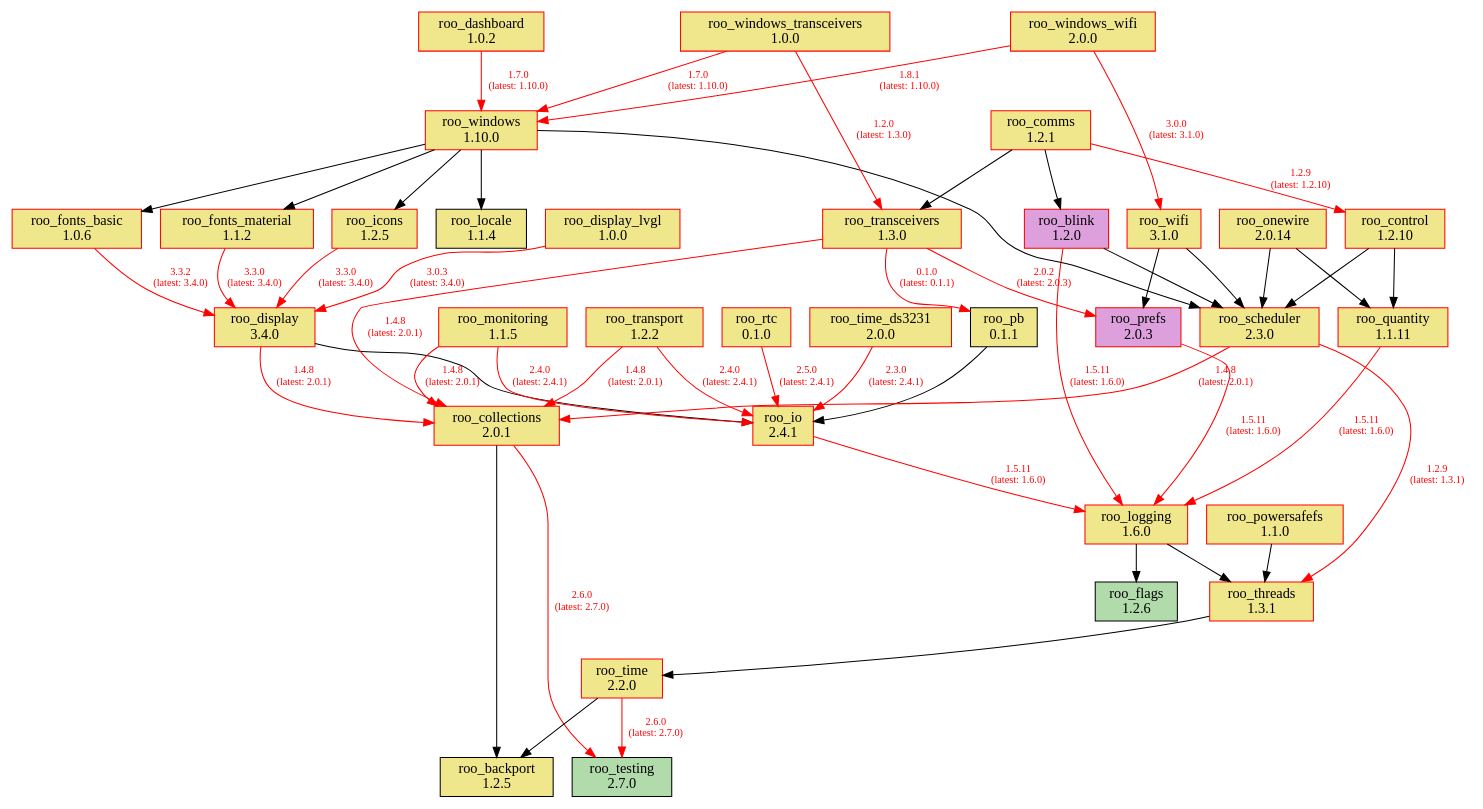
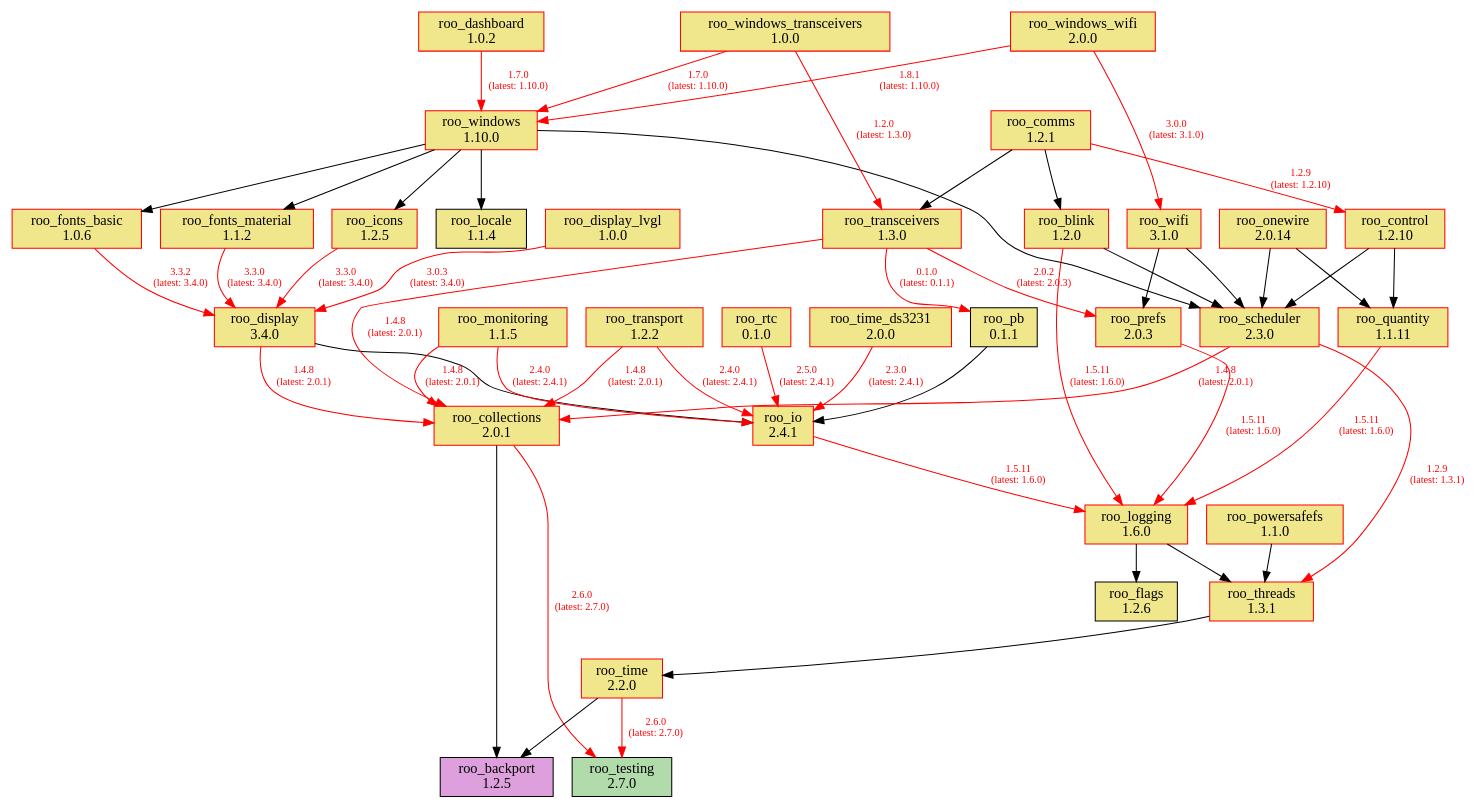
One commit to dejwk/roo-registry changed the diagram in doc/dependencies.dot. Above: the diagram before and after it, drawn with Graphviz. The commit also changed 4 other files, not shown here.

```diff
--- a/doc/dependencies.dot
+++ b/doc/dependencies.dot
@@ -1,92 +1,92 @@
 digraph dependencies {
     rankdir=TB;
     node [shape=box, style=filled];
     edge [fontsize=10];
 
     // Modules
-    "roo_backport" [label="roo_backport\n1.2.5", fillcolor="khaki", color="black"];
-    "roo_blink" [label="roo_blink\n1.2.0", fillcolor="plum", color="red"];
+    "roo_backport" [label="roo_backport\n1.2.5", fillcolor="plum", color="black"];
+    "roo_blink" [label="roo_blink\n1.2.0", fillcolor="khaki", color="red"];
     "roo_collections" [label="roo_collections\n2.0.1", fillcolor="khaki", color="red"];
     "roo_comms" [label="roo_comms\n1.2.1", fillcolor="khaki", color="red"];
     "roo_control" [label="roo_control\n1.2.10", fillcolor="khaki", color="red"];
     "roo_dashboard" [label="roo_dashboard\n1.0.2", fillcolor="khaki", color="red"];
     "roo_display" [label="roo_display\n3.4.0", fillcolor="khaki", color="red"];
     "roo_display_lvgl" [label="roo_display_lvgl\n1.0.0", fillcolor="khaki", color="red"];
-    "roo_flags" [label="roo_flags\n1.2.6", fillcolor="#b1dbab", color="black"];
+    "roo_flags" [label="roo_flags\n1.2.6", fillcolor="khaki", color="black"];
     "roo_fonts_basic" [label="roo_fonts_basic\n1.0.6", fillcolor="khaki", color="red"];
     "roo_fonts_material" [label="roo_fonts_material\n1.1.2", fillcolor="khaki", color="red"];
     "roo_icons" [label="roo_icons\n1.2.5", fillcolor="khaki", color="red"];
     "roo_io" [label="roo_io\n2.4.1", fillcolor="khaki", color="red"];
     "roo_locale" [label="roo_locale\n1.1.4", fillcolor="khaki", color="black"];
     "roo_logging" [label="roo_logging\n1.6.0", fillcolor="khaki", color="red"];
     "roo_monitoring" [label="roo_monitoring\n1.1.5", fillcolor="khaki", color="red"];
     "roo_onewire" [label="roo_onewire\n2.0.14", fillcolor="khaki", color="red"];
     "roo_pb" [label="roo_pb\n0.1.1", fillcolor="khaki", color="black"];
     "roo_powersafefs" [label="roo_powersafefs\n1.1.0", fillcolor="khaki", color="red"];
-    "roo_prefs" [label="roo_prefs\n2.0.3", fillcolor="plum", color="red"];
+    "roo_prefs" [label="roo_prefs\n2.0.3", fillcolor="khaki", color="red"];
     "roo_quantity" [label="roo_quantity\n1.1.11", fillcolor="khaki", color="red"];
     "roo_rtc" [label="roo_rtc\n0.1.0", fillcolor="khaki", color="red"];
     "roo_scheduler" [label="roo_scheduler\n2.3.0", fillcolor="khaki", color="red"];
     "roo_testing" [label="roo_testing\n2.7.0", fillcolor="#b1dbab", color="black"];
     "roo_threads" [label="roo_threads\n1.3.1", fillcolor="khaki", color="red"];
     "roo_time" [label="roo_time\n2.2.0", fillcolor="khaki", color="red"];
     "roo_time_ds3231" [label="roo_time_ds3231\n2.0.0", fillcolor="khaki", color="red"];
     "roo_transceivers" [label="roo_transceivers\n1.3.0", fillcolor="khaki", color="red"];
     "roo_transport" [label="roo_transport\n1.2.2", fillcolor="khaki", color="red"];
     "roo_wifi" [label="roo_wifi\n3.1.0", fillcolor="khaki", color="red"];
     "roo_windows" [label="roo_windows\n1.10.0", fillcolor="khaki", color="red"];
     "roo_windows_transceivers" [label="roo_windows_transceivers\n1.0.0", fillcolor="khaki", color="red"];
     "roo_windows_wifi" [label="roo_windows_wifi\n2.0.0", fillcolor="khaki", color="red"];
 
     // Dependencies
     "roo_blink" -> "roo_logging" [color=red, fontcolor=red, label="1.5.11\n(latest: 1.6.0)"];
     "roo_blink" -> "roo_scheduler";
     "roo_collections" -> "roo_testing" [color=red, fontcolor=red, label="2.6.0\n(latest: 2.7.0)"];
     "roo_collections" -> "roo_backport";
     "roo_comms" -> "roo_blink";
     "roo_comms" -> "roo_control" [color=red, fontcolor=red, label="1.2.9\n(latest: 1.2.10)"];
     "roo_comms" -> "roo_transceivers";
     "roo_control" -> "roo_quantity";
     "roo_control" -> "roo_scheduler";
     "roo_dashboard" -> "roo_windows" [color=red, fontcolor=red, label="1.7.0\n(latest: 1.10.0)"];
     "roo_display" -> "roo_collections" [color=red, fontcolor=red, label="1.4.8\n(latest: 2.0.1)"];
     "roo_display" -> "roo_io";
     "roo_display_lvgl" -> "roo_display" [color=red, fontcolor=red, label="3.0.3\n(latest: 3.4.0)"];
     "roo_fonts_basic" -> "roo_display" [color=red, fontcolor=red, label="3.3.2\n(latest: 3.4.0)"];
     "roo_fonts_material" -> "roo_display" [color=red, fontcolor=red, label="3.3.0\n(latest: 3.4.0)"];
     "roo_icons" -> "roo_display" [color=red, fontcolor=red, label="3.3.0\n(latest: 3.4.0)"];
     "roo_io" -> "roo_logging" [color=red, fontcolor=red, label="1.5.11\n(latest: 1.6.0)"];
     "roo_logging" -> "roo_flags";
     "roo_logging" -> "roo_threads";
     "roo_monitoring" -> "roo_collections" [color=red, fontcolor=red, label="1.4.8\n(latest: 2.0.1)"];
     "roo_monitoring" -> "roo_io" [color=red, fontcolor=red, label="2.4.0\n(latest: 2.4.1)"];
     "roo_onewire" -> "roo_scheduler";
     "roo_onewire" -> "roo_quantity";
     "roo_pb" -> "roo_io";
     "roo_powersafefs" -> "roo_threads";
     "roo_prefs" -> "roo_logging" [color=red, fontcolor=red, label="1.5.11\n(latest: 1.6.0)"];
     "roo_quantity" -> "roo_logging" [color=red, fontcolor=red, label="1.5.11\n(latest: 1.6.0)"];
     "roo_rtc" -> "roo_io" [color=red, fontcolor=red, label="2.5.0\n(latest: 2.4.1)"];
     "roo_scheduler" -> "roo_collections" [color=red, fontcolor=red, label="1.4.8\n(latest: 2.0.1)"];
     "roo_scheduler" -> "roo_threads" [color=red, fontcolor=red, label="1.2.9\n(latest: 1.3.1)"];
     "roo_threads" -> "roo_time";
     "roo_time" -> "roo_testing" [color=red, fontcolor=red, label="2.6.0\n(latest: 2.7.0)"];
     "roo_time" -> "roo_backport";
     "roo_time_ds3231" -> "roo_io" [color=red, fontcolor=red, label="2.3.0\n(latest: 2.4.1)"];
     "roo_transceivers" -> "roo_pb" [color=red, fontcolor=red, label="0.1.0\n(latest: 0.1.1)"];
     "roo_transceivers" -> "roo_collections" [color=red, fontcolor=red, label="1.4.8\n(latest: 2.0.1)"];
     "roo_transceivers" -> "roo_prefs" [color=red, fontcolor=red, label="2.0.2\n(latest: 2.0.3)"];
     "roo_transport" -> "roo_collections" [color=red, fontcolor=red, label="1.4.8\n(latest: 2.0.1)"];
     "roo_transport" -> "roo_io" [color=red, fontcolor=red, label="2.4.0\n(latest: 2.4.1)"];
     "roo_wifi" -> "roo_prefs";
     "roo_wifi" -> "roo_scheduler";
     "roo_windows" -> "roo_fonts_basic";
     "roo_windows" -> "roo_fonts_material";
     "roo_windows" -> "roo_locale";
     "roo_windows" -> "roo_icons";
     "roo_windows" -> "roo_scheduler";
     "roo_windows_transceivers" -> "roo_transceivers" [color=red, fontcolor=red, label="1.2.0\n(latest: 1.3.0)"];
     "roo_windows_transceivers" -> "roo_windows" [color=red, fontcolor=red, label="1.7.0\n(latest: 1.10.0)"];
     "roo_windows_wifi" -> "roo_wifi" [color=red, fontcolor=red, label="3.0.0\n(latest: 3.1.0)"];
     "roo_windows_wifi" -> "roo_windows" [color=red, fontcolor=red, label="1.8.1\n(latest: 1.10.0)"];
 }
```
